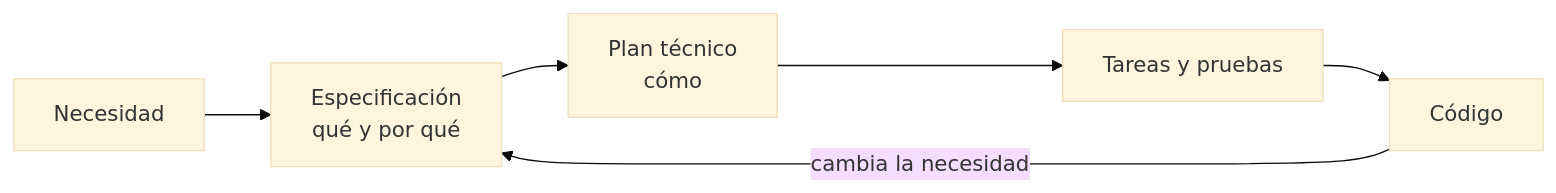
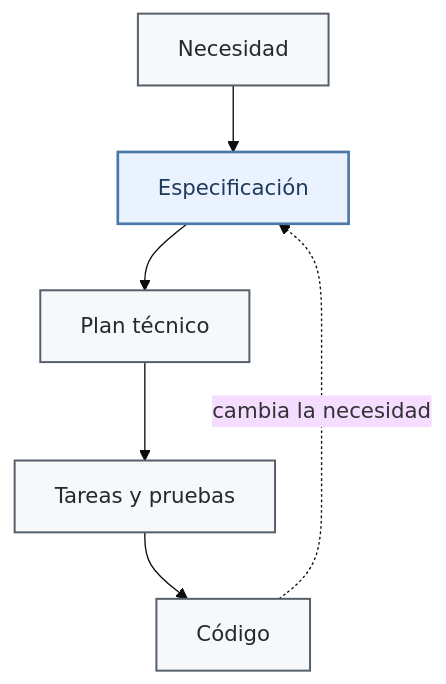
One commit to antroc/charla-sdd changed the diagram in README.md. Above: the diagram before and after it, drawn with Mermaid (base theme). The commit also changed 3 other files, not shown here.

Commit message:
Unificar los diagramas de entrada y herramientas

````diff
--- a/README.md
+++ b/README.md
@@ -9,8 +9,14 @@
 ```mermaid
-flowchart LR
-  A["Necesidad"] --> B["Especificación<br/>qué y por qué"]
-  B --> C["Plan técnico<br/>cómo"]
+flowchart TB
+  A["Necesidad"] --> B["Especificación"]
+  B --> C["Plan técnico"]
   C --> D["Tareas y pruebas"]
   D --> E["Código"]
-  E -->|"cambia la necesidad"| B
+
+  E -.->|"cambia la necesidad"| B
+
+  classDef main fill:#F6F8FA,stroke:#57606A,stroke-width:1.5px,color:#24292F;
+  classDef spec fill:#EAF2FF,stroke:#4C78A8,stroke-width:2px,color:#1F3B5B;
+  class B spec;
+  class A,C,D,E main;
 ```
````
